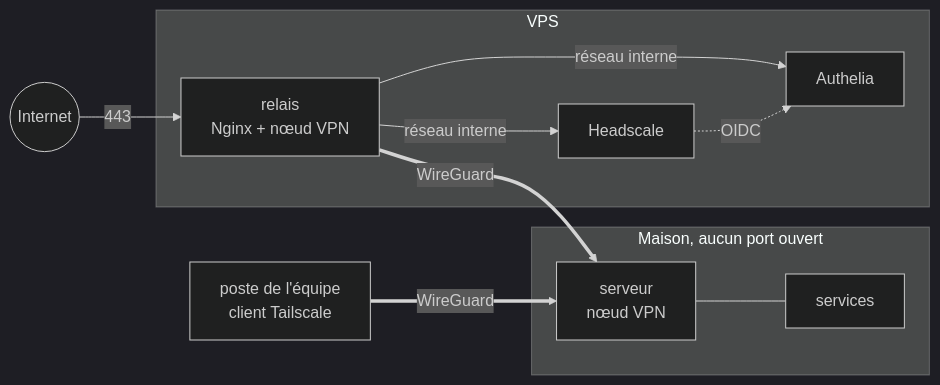
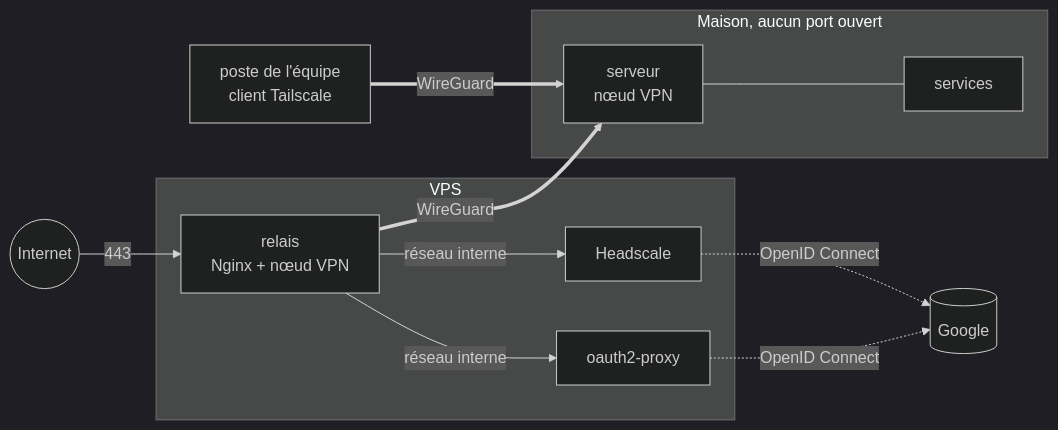
One commit to Cybertrist/CyberSas changed the diagram in README.md. Above: the diagram before and after it, drawn with Mermaid (dark theme). The commit also changed other lines of this file and 15 other files, not shown here.

First line of the commit message:
La connexion passe par Google, Authelia s'en va

````diff
--- a/README.md
+++ b/README.md
@@ -28,18 +29,21 @@
 ```mermaid
 flowchart LR
   I((Internet)) -->|443| R
+  G[(Google)]
 
   subgraph VPS
     R[relais<br/>Nginx + nœud VPN]
     R -->|réseau interne| HS[Headscale]
-    R -->|réseau interne| AU[Authelia]
-    HS -.->|OIDC| AU
+    R -->|réseau interne| OP[oauth2-proxy]
   end
+
+  HS -.->|OpenID Connect| G
+  OP -.->|OpenID Connect| G
 
   subgraph Maison [Maison, aucun port ouvert]
     M[serveur<br/>nœud VPN] --- S[services]
   end
 
   P[poste de l'équipe<br/>client Tailscale] ==>|WireGuard| M
   R ==>|WireGuard| M
 ```
````
